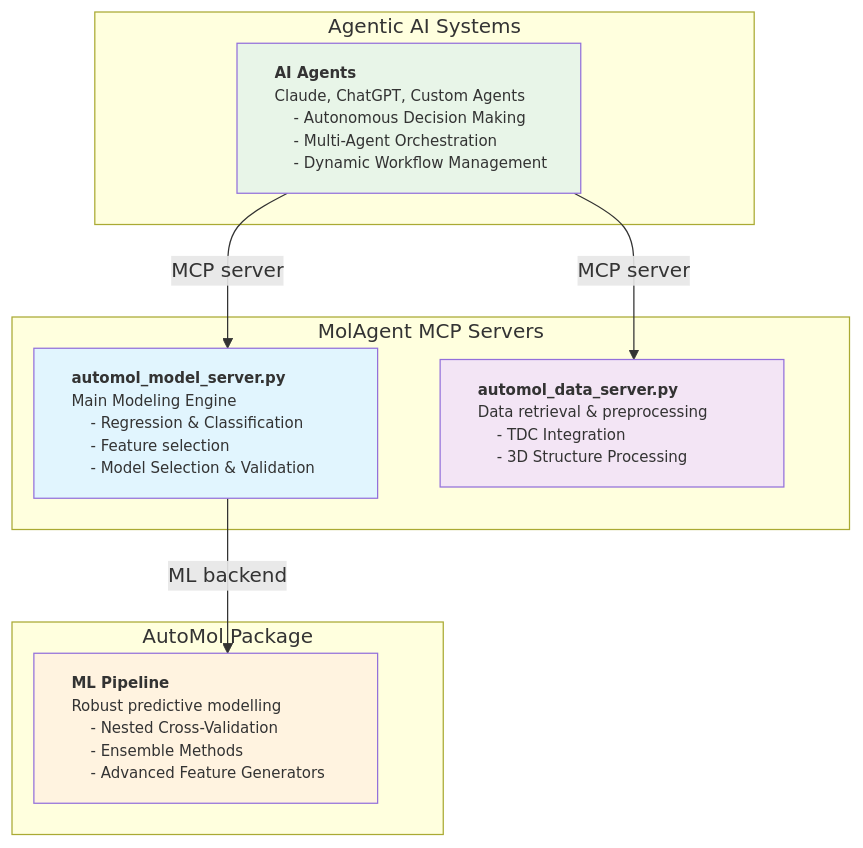
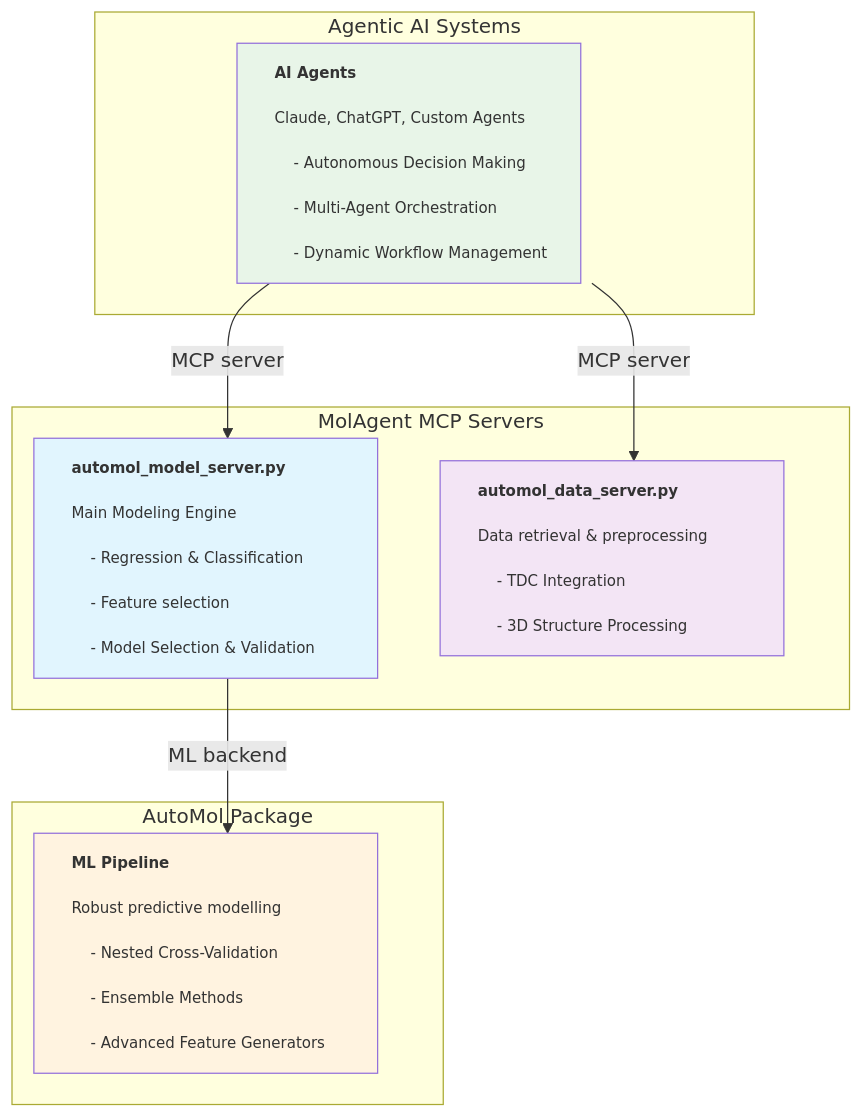
The diagram in README.md (openanalytics/MolAgent), drawn with Mermaid before and after one commit.

````diff
--- a/README.md
+++ b/README.md
@@ -33,39 +33,39 @@
 ```mermaid
 graph TB
     subgraph "MolAgent MCP Servers"
-        MS["`<p style="font-size: 12px; width:250px;text-align: left;"><b>automol_model_server.py</b>
-Main Modeling Engine
-    - Regression & Classification
-    - Feature selection
+        MS["`<p style="font-size: 12px; width:250px;text-align: left;"><b>automol_model_server.py</b><br>
+Main Modeling Engine<br>
+    - Regression & Classification<br>
+    - Feature selection<br>
     - Model Selection & Validation</p>`"]
-        DS["`<p style="font-size: 12px; width:250px;text-align: left;"><b>automol_data_server.py</b>
-Data retrieval & preprocessing
-    - TDC Integration
+        DS["`<p style="font-size: 12px; width:250px;text-align: left;"><b>automol_data_server.py</b><br>
+Data retrieval & preprocessing<br>
+    - TDC Integration<br>
     - 3D Structure Processing</p>`"]
     end
     
     subgraph "AutoMol Package"
-        AP["` <p style="font-size: 12px; width:250px;text-align: left;"><b>ML Pipeline</b>
-Robust predictive modelling
-    - Nested Cross-Validation
-    - Ensemble Methods
+        AP["` <p style="font-size: 12px; width:250px;text-align: left;"><b>ML Pipeline</b><br>
+Robust predictive modelling<br>
+    - Nested Cross-Validation<br>
+    - Ensemble Methods<br>
     - Advanced Feature Generators</p>`"]
     end
     
     subgraph "Agentic AI Systems"
-        AG["` <p style="font-size: 12px; width:250px;text-align: left;"><b>AI Agents</b>
-Claude, ChatGPT, Custom Agents
-    - Autonomous Decision Making
-    - Multi-Agent Orchestration
+        AG["` <p style="font-size: 12px; width:250px;text-align: left;"><b>AI Agents</b><br>
+Claude, ChatGPT, Custom Agents<br>
+    - Autonomous Decision Making<br>
+    - Multi-Agent Orchestration<br>
     - Dynamic Workflow Management </p>`"]
     end
     
     AG -->|MCP server| MS
     AG -->|MCP server| DS
     MS -->|ML backend| AP
     
     style MS fill:#e1f5fe, width:275px
     style DS fill:#f3e5f5, width:275px
     style AP fill:#fff3e0, width:275px
     style AG fill:#e8f5e8, width:275px
 ```
````
